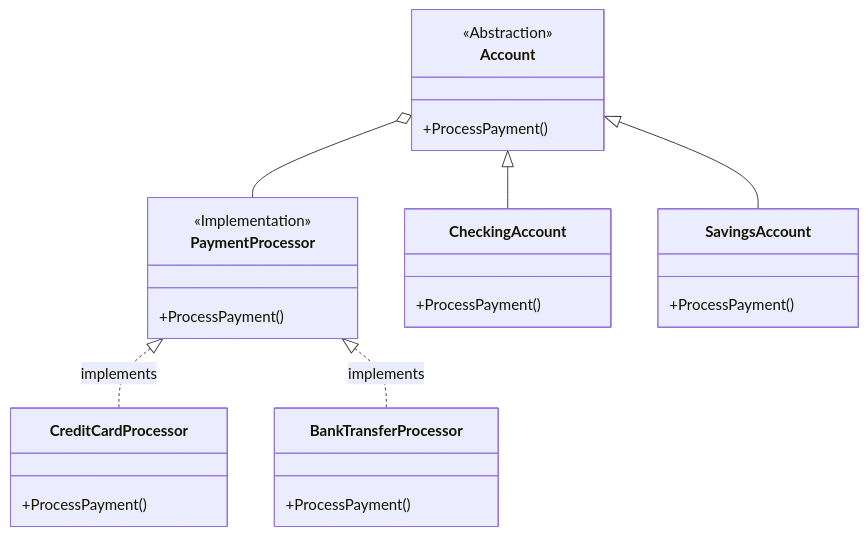
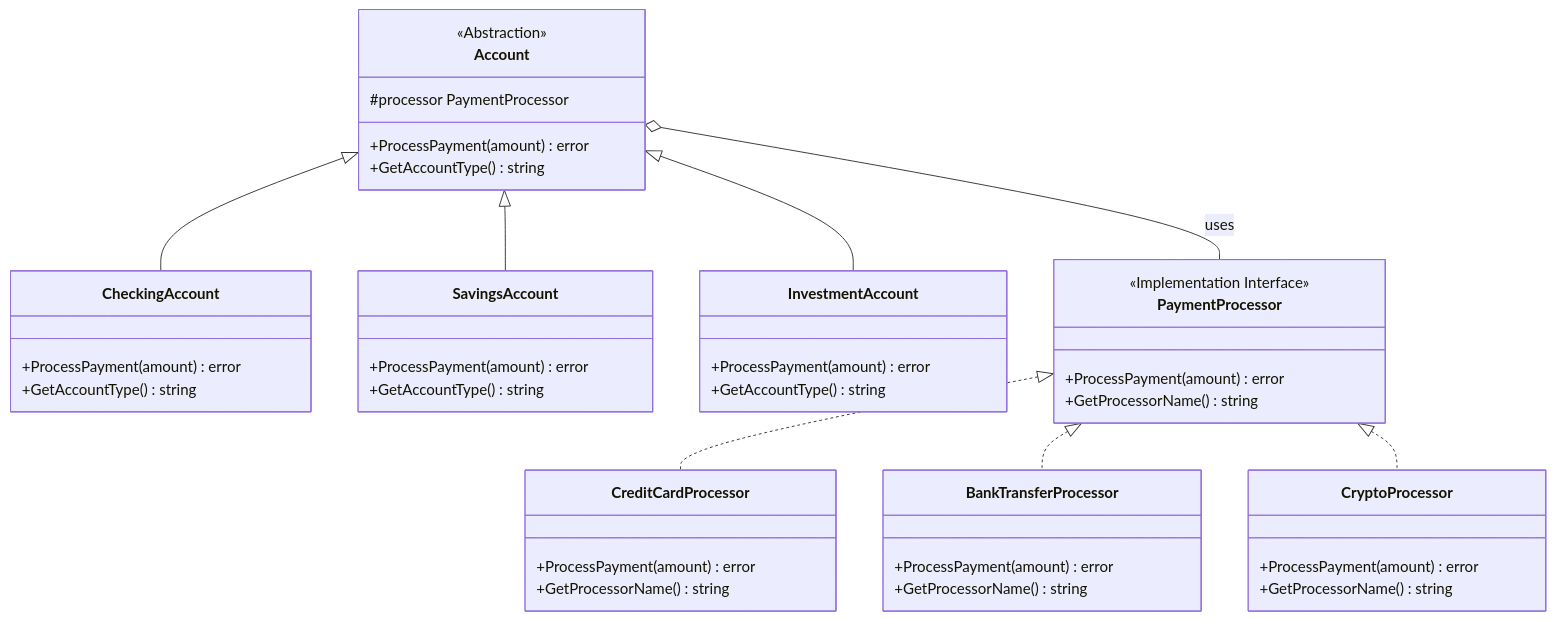
One commit to JoshuaPangaribuan/design-pattern-go changed the first of 2 diagrams in structural/bridge/README.md. Above: the diagram before and after it, drawn with Mermaid. The commit also changed other lines of this file and 23 other files, not shown here.

Commit message:
feat: add more diagrams

````diff
--- a/structural/bridge/README.md
+++ b/structural/bridge/README.md
@@ -24,29 +26,46 @@
 ```mermaid
 classDiagram
     class Account {
         <<Abstraction>>
-        +ProcessPayment()
+        #processor PaymentProcessor
+        +ProcessPayment(amount) error
+        +GetAccountType() string
+    }
+    class CheckingAccount {
+        +ProcessPayment(amount) error
+        +GetAccountType() string
+    }
+    class SavingsAccount {
+        +ProcessPayment(amount) error
+        +GetAccountType() string
+    }
+    class InvestmentAccount {
+        +ProcessPayment(amount) error
+        +GetAccountType() string
     }
     class PaymentProcessor {
-        <<Implementation>>
-        +ProcessPayment()
-    }
-    class CheckingAccount {
-        +ProcessPayment()
-    }
-    class SavingsAccount {
-        +ProcessPayment()
+        <<Implementation Interface>>
+        +ProcessPayment(amount) error
+        +GetProcessorName() string
     }
     class CreditCardProcessor {
-        +ProcessPayment()
+        +ProcessPayment(amount) error
+        +GetProcessorName() string
     }
     class BankTransferProcessor {
-        +ProcessPayment()
+        +ProcessPayment(amount) error
+        +GetProcessorName() string
+    }
+    class CryptoProcessor {
+        +ProcessPayment(amount) error
+        +GetProcessorName() string
     }
     
     Account <|-- CheckingAccount
     Account <|-- SavingsAccount
-    Account o-- PaymentProcessor
-    PaymentProcessor <|.. CreditCardProcessor : implements
-    PaymentProcessor <|.. BankTransferProcessor : implements
+    Account <|-- InvestmentAccount
+    Account o-- PaymentProcessor : uses
+    PaymentProcessor <|.. CreditCardProcessor
+    PaymentProcessor <|.. BankTransferProcessor
+    PaymentProcessor <|.. CryptoProcessor
 ```
````
